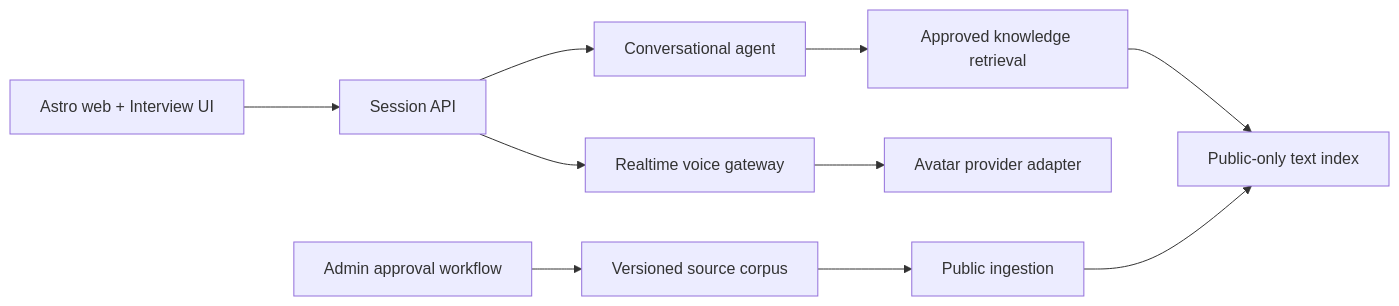
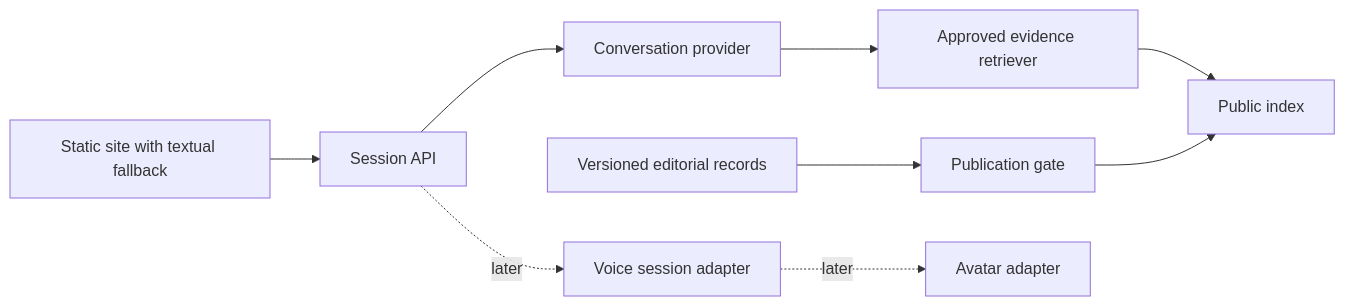
The fourth of 4 diagrams in docs/ARCHITECTURE.md (povedica/mi-cv), drawn with Mermaid before and after one commit. The commit also changed other lines of this file and 16 other files, not shown here.

Commit message:
docs: document architecture, stack decisions, and quality in English

````diff
--- a/docs/ARCHITECTURE.md
+++ b/docs/ARCHITECTURE.md
@@ -8,12 +79,11 @@
 ```mermaid
 flowchart LR
-  WEB[Astro web + Interview UI] --> BFF[Session API]
-  BFF --> AGENT[Conversational agent]
-  AGENT --> RETR[Approved knowledge retrieval]
-  RETR --> INDEX[Public-only text index]
-  BFF --> VOICE[Realtime voice gateway]
-  VOICE --> AVATAR[Avatar provider adapter]
-  ADMIN[Admin approval workflow] --> STORE[Versioned source corpus]
-  STORE --> PUBLISH[Public ingestion]
-  PUBLISH --> INDEX
+  UI[Static site with textual fallback] --> BFF[Session API]
+  BFF --> Agent[Conversation provider]
+  Agent --> Retriever[Approved evidence retriever]
+  Retriever --> Index[Public index]
+  Editor[Versioned editorial records] --> Gate[Publication gate]
+  Gate --> Index
+  BFF -. later .-> Voice[Voice session adapter]
+  Voice -. later .-> Avatar[Avatar adapter]
 ```
````
